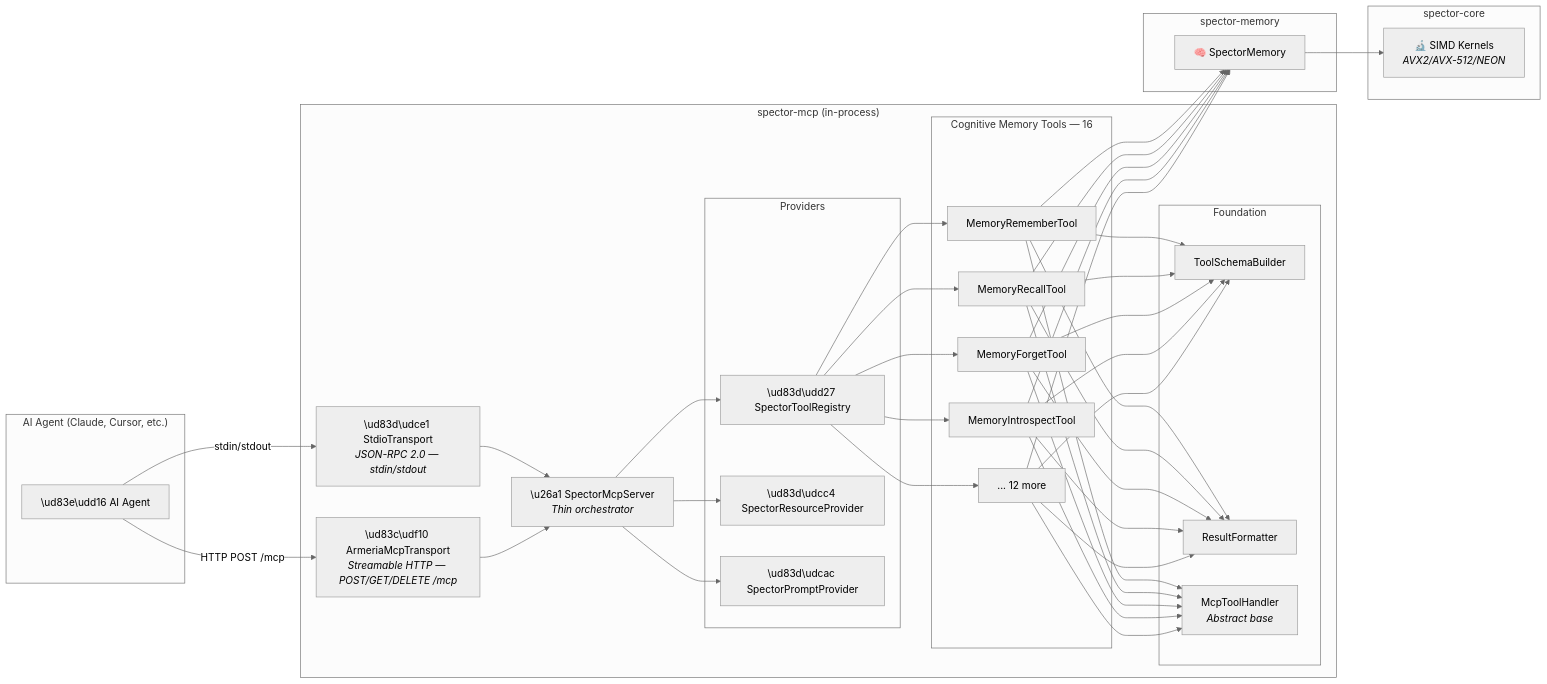
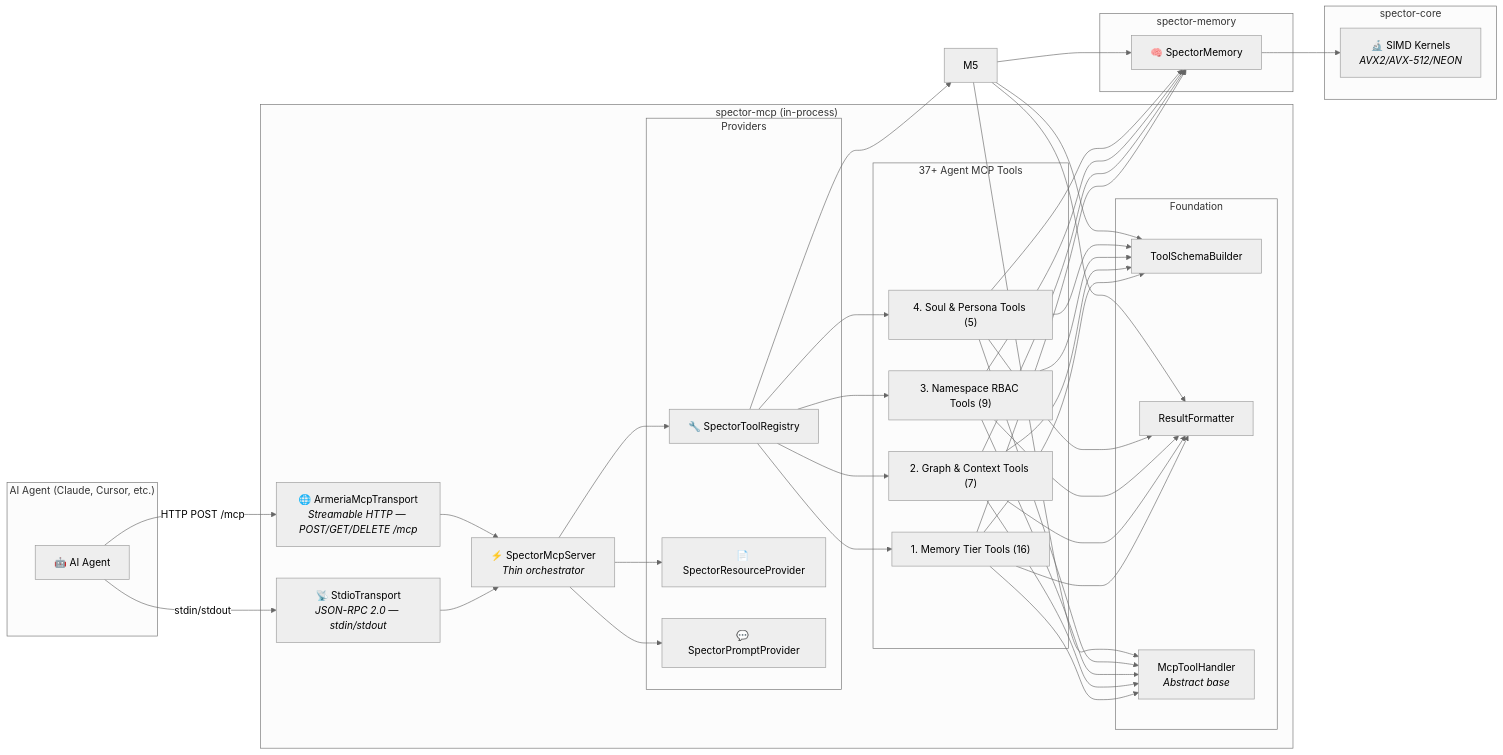
The first of 4 diagrams in docs/docs/architecture/mcp-integration.md (spectrayan/spector), drawn with Mermaid (neutral theme) before and after one commit. The commit also changed other lines of this file and 8 other files, not shown here.

First line of the commit message:
docs: overhaul landing page, multi-SDK quick connect, and 37-tool MCP registry

````diff
--- a/docs/docs/architecture/mcp-integration.md
+++ b/docs/docs/architecture/mcp-integration.md
@@ -27,52 +27,51 @@
 ```mermaid
 graph LR
     subgraph "AI Agent (Claude, Cursor, etc.)"
-        Agent["\ud83e\udd16 AI Agent"]
+        Agent["🤖 AI Agent"]
     end
 
     subgraph "spector-mcp (in-process)"
-        StdioTransport["\ud83d\udce1 StdioTransport<br/><i>JSON-RPC 2.0 — stdin/stdout</i>"]
-        HttpTransport["\ud83c\udf10 ArmeriaMcpTransport<br/><i>Streamable HTTP — POST/GET/DELETE /mcp</i>"]
-        Server["\u26a1 SpectorMcpServer<br/><i>Thin orchestrator</i>"]
+        StdioTransport["📡 StdioTransport<br/><i>JSON-RPC 2.0 — stdin/stdout</i>"]
+        HttpTransport["🌐 ArmeriaMcpTransport<br/><i>Streamable HTTP — POST/GET/DELETE /mcp</i>"]
+        Server["⚡ SpectorMcpServer<br/><i>Thin orchestrator</i>"]
         
         subgraph Providers
-            TR["\ud83d\udd27 SpectorToolRegistry"]
-            RP["\ud83d\udcc4 SpectorResourceProvider"]
-            PP["\ud83d\udcac SpectorPromptProvider"]
+            TR["🔧 SpectorToolRegistry"]
+            RP["📄 SpectorResourceProvider"]
+            PP["💬 SpectorPromptProvider"]
         end
 
-        subgraph "Cognitive Memory Tools — 16"
-            M1["MemoryRememberTool"]
-            M2["MemoryRecallTool"]
-            M3["MemoryForgetTool"]
-            M4["MemoryIntrospectTool"]
-            M5["... 12 more"]
+        subgraph "37+ Agent MCP Tools"
+            M1["1. Memory Tier Tools (16)"]
+            M2["2. Graph & Context Tools (7)"]
+            M3["3. Namespace RBAC Tools (9)"]
+            M4["4. Soul & Persona Tools (5)"]
         end
 
         subgraph Foundation
             SB["ToolSchemaBuilder"]
             RF["ResultFormatter"]
             TH["McpToolHandler<br/><i>Abstract base</i>"]
         end
     end
 
     subgraph "spector-memory"
         Memory["🧠 SpectorMemory"]
     end
 
     subgraph "spector-core"
         SIMD["🔬 SIMD Kernels<br/><i>AVX2/AVX-512/NEON</i>"]
     end
 
     Agent -- "stdin/stdout" --> StdioTransport
     Agent -- "HTTP POST /mcp" --> HttpTransport
     StdioTransport --> Server
     HttpTransport --> Server
     Server --> TR & RP & PP
     TR --> M1 & M2 & M3 & M4 & M5
     M1 & M2 & M3 & M4 & M5 --> TH
     M1 & M2 & M3 & M4 & M5 --> SB
     M1 & M2 & M3 & M4 & M5 --> RF
     M1 & M2 & M3 & M4 & M5 --> Memory
     Memory --> SIMD
 ```
````
